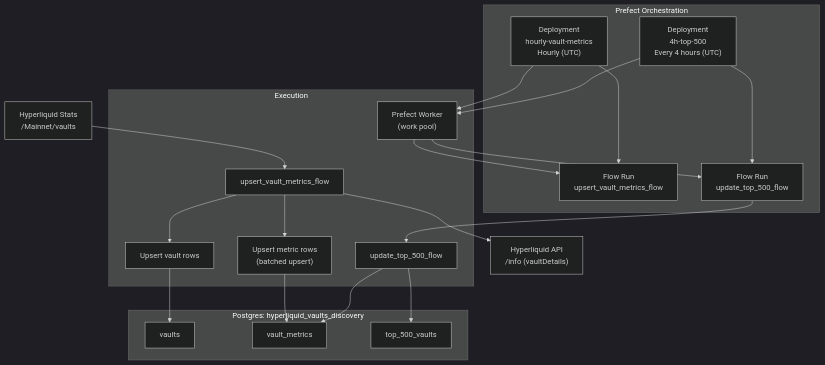
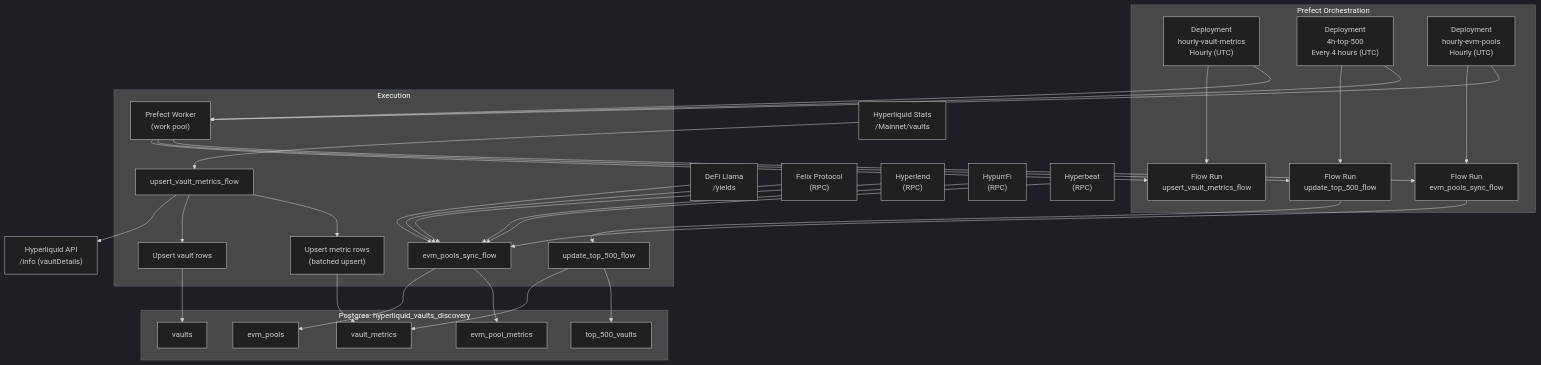
One commit to awesomegusS/tm-vov-dashboard changed the diagram in docs/dataingestion/overview.md. Above: the diagram before and after it, drawn with Mermaid (dark theme). The commit also changed other lines of this file and 8 other files, not shown here.

Commit message:
[A]: implemented direct rpc fetch for target protocols not found in defillama + added tests for each client and pool processing + modified docs

````diff
--- a/docs/dataingestion/overview.md
+++ b/docs/dataingestion/overview.md
@@ -25,38 +37,53 @@
 ```mermaid
 flowchart TD
-  %% External sources
+  %% External sources (Hyperliquid)
   STATS["Hyperliquid Stats<br/>/Mainnet/vaults"] --> FLOW1
   FLOW1 --> INFO["Hyperliquid API<br/>/info (vaultDetails)"]
+
+  %% External sources (HyperEVM)
+  DL["DeFi Llama<br/>/yields"] --> EVM_FLOW
+  FELIX["Felix Protocol<br/>(RPC)"] --> EVM_FLOW
+  HL["Hyperlend<br/>(RPC)"] --> EVM_FLOW
+  HF["HypurrFi<br/>(RPC)"] --> EVM_FLOW
+  HB["Hyperbeat<br/>(RPC)"] --> EVM_FLOW
 
   %% Prefect control plane
   subgraph PREFECT[Prefect Orchestration]
     DEP1["Deployment<br/>hourly-vault-metrics<br/>Hourly (UTC)"] --> RUN1["Flow Run<br/>upsert_vault_metrics_flow"]
     DEP2["Deployment<br/>4h-top-500<br/>Every 4 hours (UTC)"] --> RUN2["Flow Run<br/>update_top_500_flow"]
+    DEP3["Deployment<br/>hourly-evm-pools<br/>Hourly (UTC)"] --> RUN3["Flow Run<br/>evm_pools_sync_flow"]
   end
 
   %% Execution
   subgraph WORKER[Execution]
     WORK["Prefect Worker<br/>(work pool)"] --> RUN1
     WORK --> RUN2
+    WORK --> RUN3
     FLOW1[upsert_vault_metrics_flow] --> VUP[Upsert vault rows]
     FLOW1 --> MUP["Upsert metric rows<br/>(batched upsert)"]
     RUN2 --> TOP[update_top_500_flow]
+    RUN3 --> EVM_FLOW[evm_pools_sync_flow]
   end
 
   %% Storage
   subgraph DB["Postgres: hyperliquid_vaults_discovery"]
     VAULTS["vaults"]
     METRICS["vault_metrics"]
     TOP500["top_500_vaults"]
+    EVM_POOLS["evm_pools"]
+    EVM_METRICS["evm_pool_metrics"]
   end
 
   %% Writes
   VUP --> VAULTS
   MUP --> METRICS
   TOP --> METRICS
   TOP --> TOP500
+  EVM_FLOW --> EVM_POOLS
+  EVM_FLOW --> EVM_METRICS
 
   %% Orchestration wiring
   DEP1 --> WORK
   DEP2 --> WORK
+  DEP3 --> WORK
 ```
````
